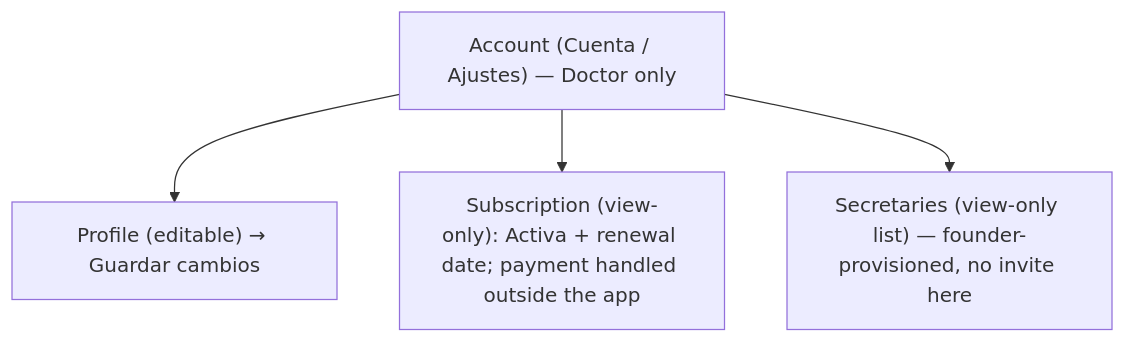
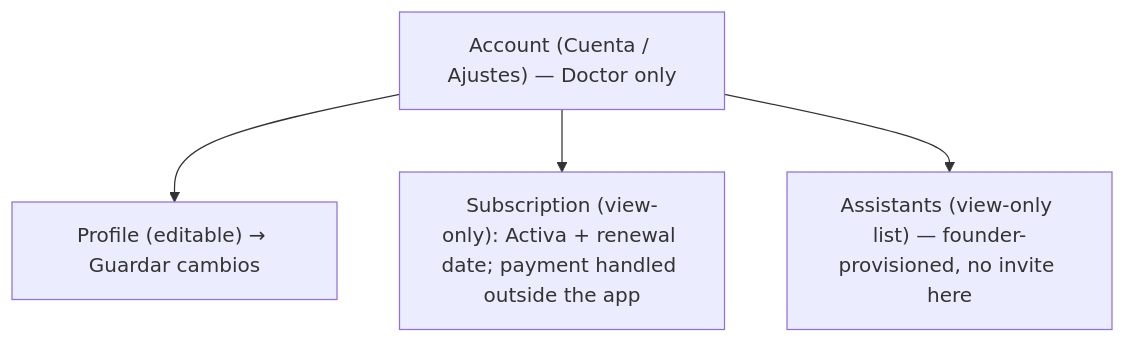
The tenth of 10 diagrams in docs/flows/doctor-assistant-panel.md (DaleneyRuben/alivia), drawn with Mermaid before and after one commit. The commit also changed other lines of this file and 10 other files, not shown here.

````diff
--- a/docs/flows/doctor-assistant-panel.md
+++ b/docs/flows/doctor-assistant-panel.md
@@ -195,6 +195,6 @@
 ```mermaid
 flowchart TD
     Ac["Account (Cuenta / Ajustes) — Doctor only"] --> P["Profile (editable) → Guardar cambios"]
     Ac --> Sub["Subscription (view-only): Activa + renewal date; payment handled outside the app"]
-    Ac --> Sec["Secretaries (view-only list) — founder-provisioned, no invite here"]
+    Ac --> Sec["Assistants (view-only list) — founder-provisioned, no invite here"]
 ```
````
